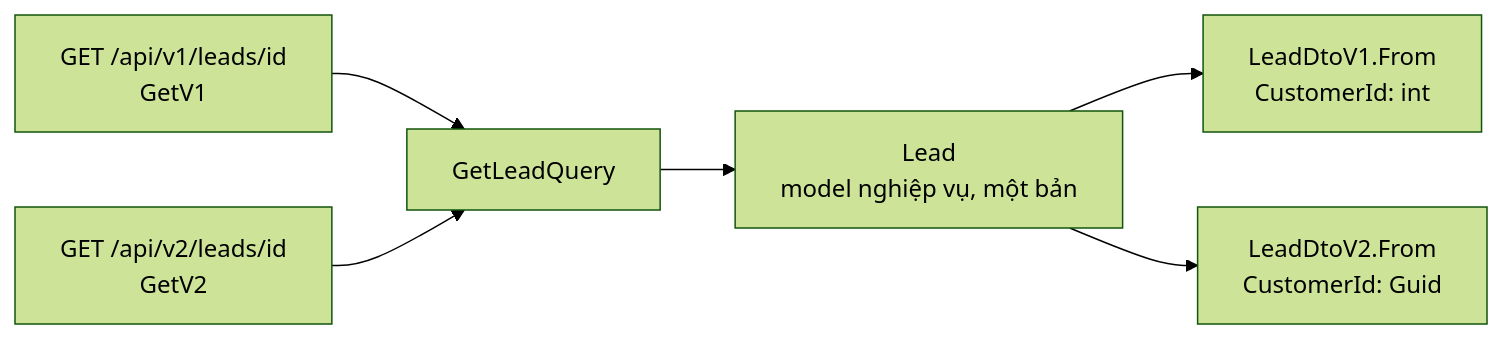
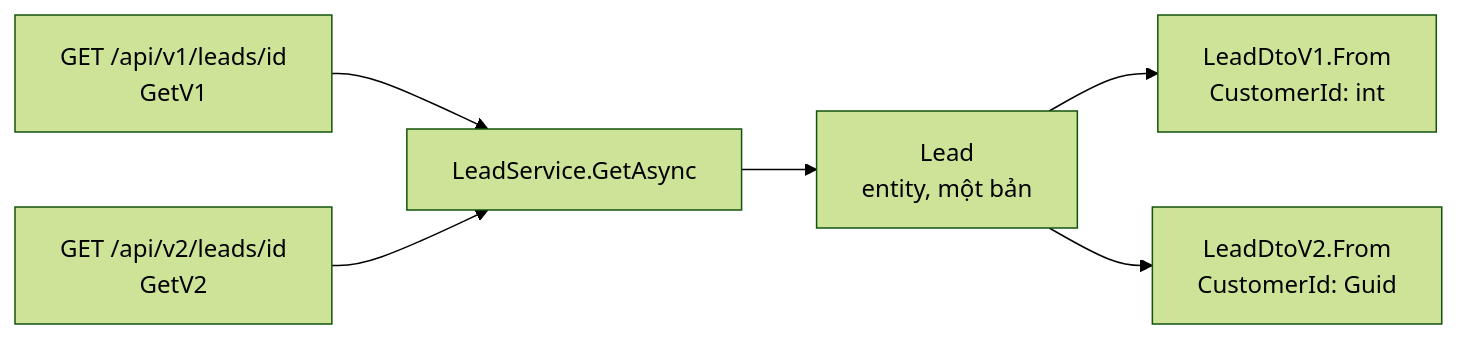
The diagram in lessons/stage-03-aspnet-core-backend/module-09-web-api-professional/9.11-mini-case-study.md (TienNHM/dotnet-course), drawn with Mermaid (forest theme) before and after one commit. The commit also changed other lines of this file and 10 other files, not shown here.

````diff
--- a/lessons/stage-03-aspnet-core-backend/module-09-web-api-professional/9.11-mini-case-study.md
+++ b/lessons/stage-03-aspnet-core-backend/module-09-web-api-professional/9.11-mini-case-study.md
@@ -156,8 +129,8 @@
 ```mermaid
 flowchart LR
-    V1["GET /api/v1/leads/id<br/>GetV1"] --> Q["GetLeadQuery"]
-    V2["GET /api/v2/leads/id<br/>GetV2"] --> Q
-    Q --> L["Lead<br/>model nghiệp vụ, một bản"]
+    V1["GET /api/v1/leads/id<br/>GetV1"] --> S["LeadService.GetAsync"]
+    V2["GET /api/v2/leads/id<br/>GetV2"] --> S
+    S --> L["Lead<br/>entity, một bản"]
     L --> D1["LeadDtoV1.From<br/>CustomerId: int"]
     L --> D2["LeadDtoV2.From<br/>CustomerId: Guid"]
 ```
````
